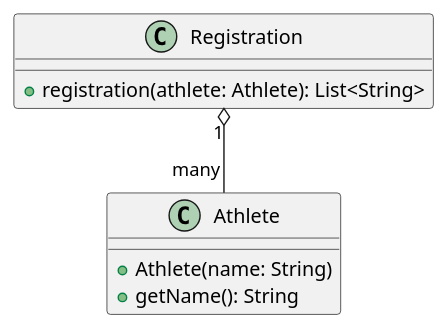
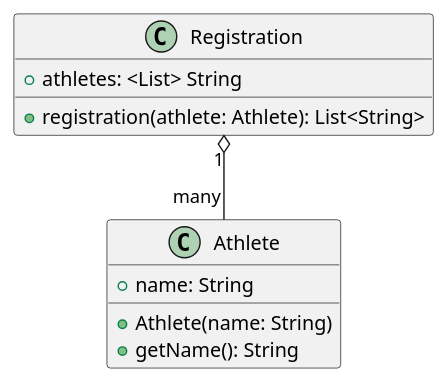
One commit to nicholasnikolov90/ENSF_607_Assignment4 changed the diagram in src/S_Principle/S_Principle2.md. Above: the diagram before and after it, drawn with PlantUML. The commit also changed 3 other files, not shown here.

```diff
--- a/src/S_Principle/S_Principle2.md
+++ b/src/S_Principle/S_Principle2.md
@@ -1,16 +1,17 @@
 @startuml
 
 class Registration{
++athletes: <List> String
 + registration(athlete: Athlete): List<String>
 }
 
 class Athlete{
-
++name: String
 + Athlete(name: String)
 + getName(): String
 }
 
 
 Registration "1" o-- "many" Athlete
 
 @enduml
```
